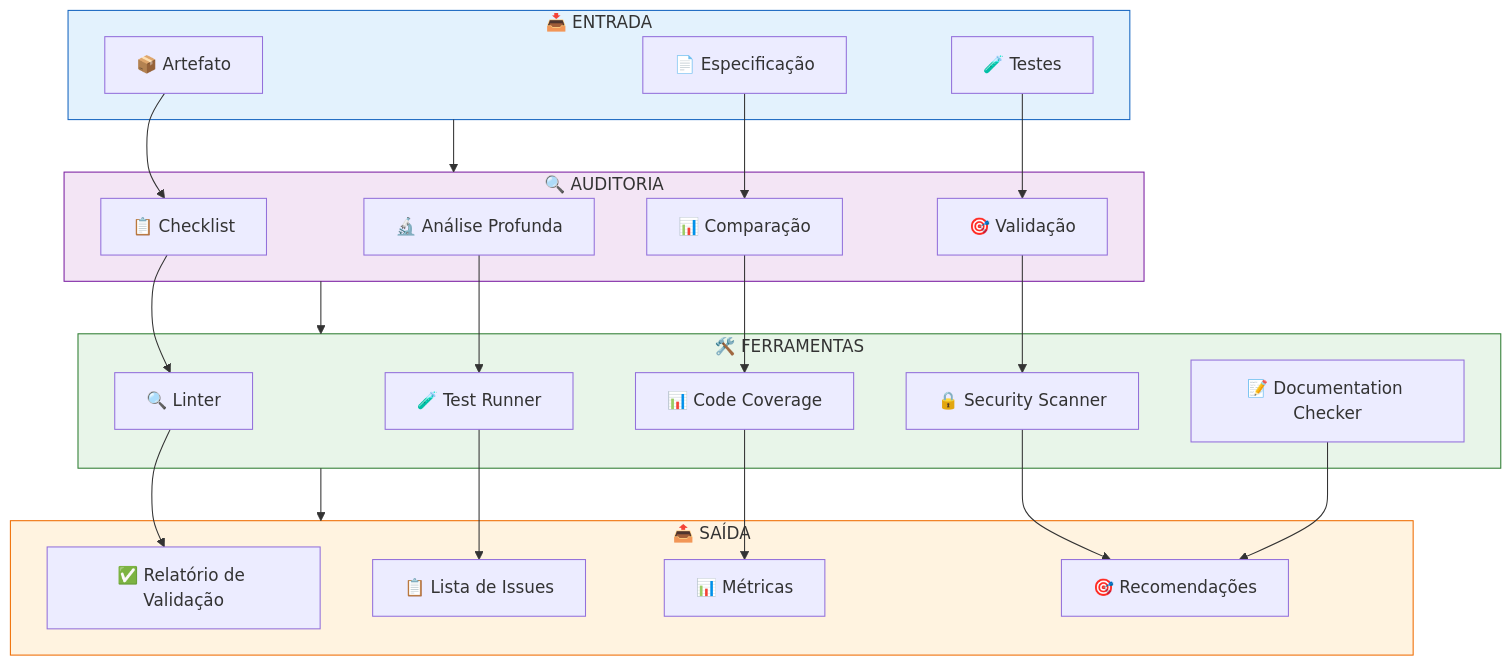
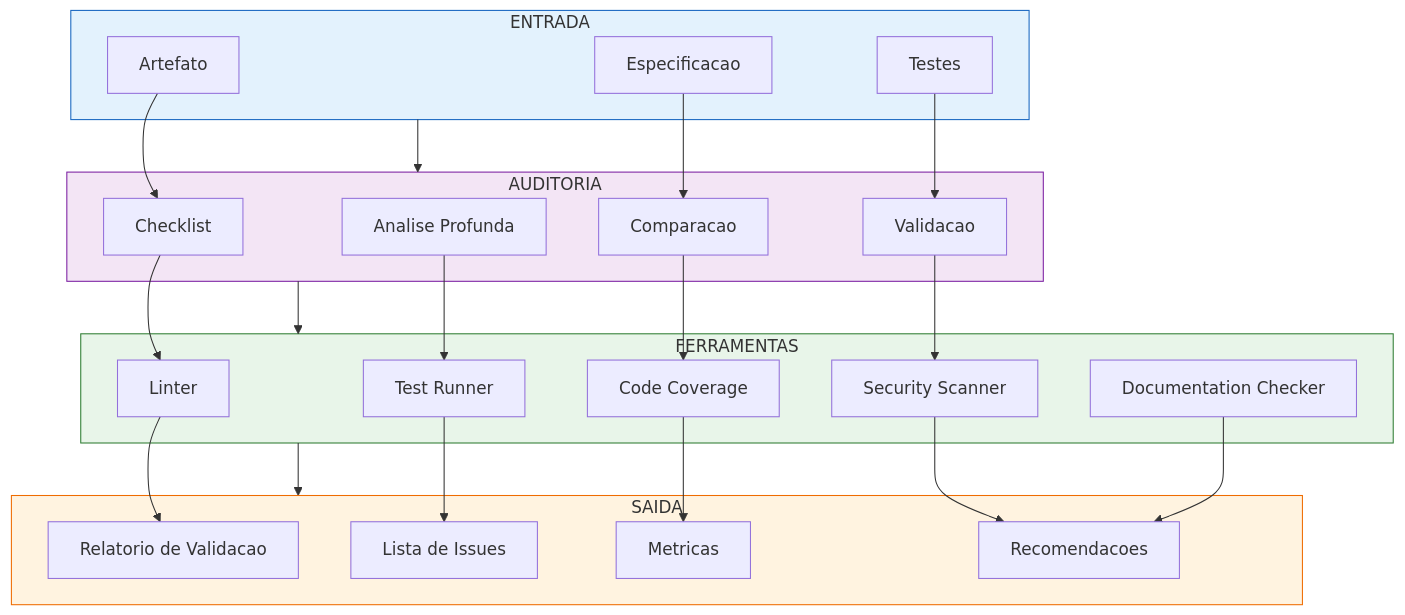
Diagram 13 of 22 in README.md (MarceloClaro/opencode-ecosystem-core), drawn with Mermaid before and after one commit. The commit also changed other lines of this file, not shown here.

````diff
--- a/README.md
+++ b/README.md
@@ -910,54 +824,54 @@
 ```mermaid
 flowchart TD
-    subgraph INPUT3 ["📥 ENTRADA"]
-        ARTIFACT["📦 Artefato"]
-        SPEC2["📄 Especificação"]
-        TEST2["🧪 Testes"]
+    subgraph INPUT2 ["ENTRADA"]
+        ARTIFACT["Artefato"]
+        SPEC2["Especificacao"]
+        TEST2["Testes"]
     end
 
-    subgraph AUDIT ["🔍 AUDITORIA"]
-        A1["📋 Checklist"]
-        A2["🔬 Análise Profunda"]
-        A3["📊 Comparação"]
-        A4["🎯 Validação"]
+    subgraph AUDIT ["AUDITORIA"]
+        A1["Checklist"]
+        A2["Analise Profunda"]
+        A3["Comparacao"]
+        A4["Validacao"]
     end
 
-    subgraph TOOLS ["🛠️ FERRAMENTAS"]
-        T1["🔍 Linter"]
-        T2["🧪 Test Runner"]
-        T3["📊 Code Coverage"]
-        T4["🔒 Security Scanner"]
-        T5["📝 Documentation Checker"]
+    subgraph TOOLS ["FERRAMENTAS"]
+        T1["Linter"]
+        T2["Test Runner"]
+        T3["Code Coverage"]
+        T4["Security Scanner"]
+        T5["Documentation Checker"]
     end
 
-    subgraph OUTPUT3 ["📤 SAÍDA"]
-        O1["✅ Relatório de Validação"]
-        O2["📋 Lista de Issues"]
-        O3["📊 Métricas"]
-        O4["🎯 Recomendações"]
+    subgraph OUTPUT2 ["SAIDA"]
+        O1["Relatorio de Validacao"]
+        O2["Lista de Issues"]
+        O3["Metricas"]
+        O4["Recomendacoes"]
     end
 
-    INPUT3 --> AUDIT
+    INPUT2 --> AUDIT
     AUDIT --> TOOLS
-    TOOLS --> OUTPUT3
+    TOOLS --> OUTPUT2
 
     ARTIFACT --> A1
     SPEC2 --> A3
     TEST2 --> A4
 
     A1 --> T1
     A2 --> T2
     A3 --> T3
     A4 --> T4
 
     T1 --> O1
     T2 --> O2
     T3 --> O3
     T4 --> O4
     T5 --> O4
 
-    style INPUT3 fill:#e3f2fd,stroke:#1565c0
+    style INPUT2 fill:#e3f2fd,stroke:#1565c0
     style AUDIT fill:#f3e5f5,stroke:#7b1fa2
     style TOOLS fill:#e8f5e9,stroke:#2e7d32
-    style OUTPUT3 fill:#fff3e0,stroke:#ef6c00
+    style OUTPUT2 fill:#fff3e0,stroke:#ef6c00
 ```
````
